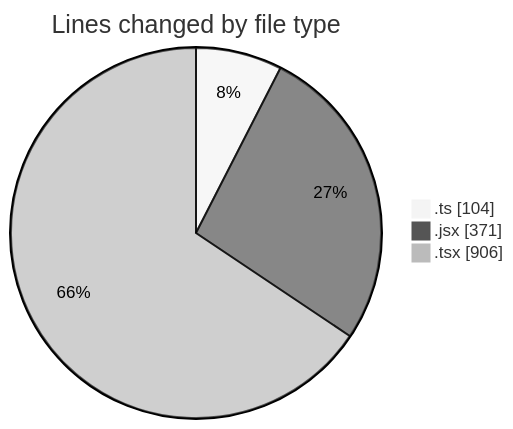
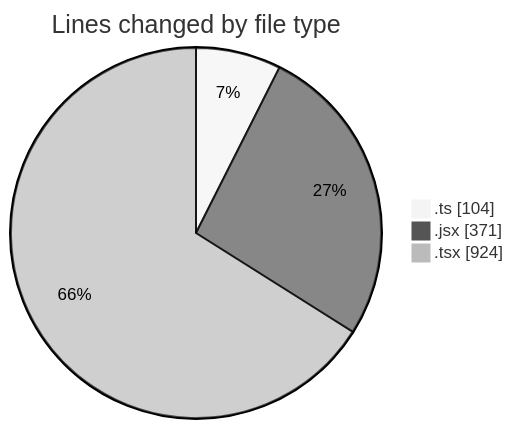
The first of 2 diagrams in 2025-02-08/termonied-web/README.md (robertbonfada/code-tracking), drawn with Mermaid (neutral theme) before and after one commit. The commit also changed other lines of this file and 1 other file, not shown here.

````diff
--- a/2025-02-08/termonied-web/README.md
+++ b/2025-02-08/termonied-web/README.md
@@ -28,7 +28,7 @@
 ```mermaid
 pie showData
 title Lines changed by file type
 ".ts" : 104
 ".jsx" : 371
-".tsx" : 906
+".tsx" : 924
 ```
````
